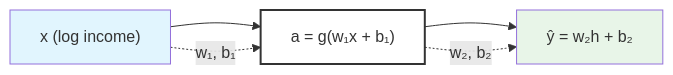
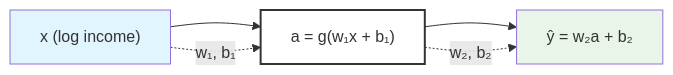
One commit to onnokleen/mlmetrics changed the third of 3 diagrams in feed_forward_nns.qmd. Above: the diagram before and after it, drawn with Mermaid. The commit also changed other lines of this file and 2 other files, not shown here.

````diff
--- a/feed_forward_nns.qmd
+++ b/feed_forward_nns.qmd
@@ -788,20 +808,20 @@
 ```{mermaid}
 %%| fig-cap: "Exercise 2: Single Hidden Layer Network for Log Income-Consumption Relationship"
 flowchart LR
     %% Network nodes
     X["x (log income)"] --> H["a = g(w₁x + b₁)"]
-    H --> Y["ŷ = w₂h + b₂"]
+    H --> Y["ŷ = w₂a + b₂"]
     
     %% Weight labels
     X -.->|"w₁, b₁"| H
     H -.->|"w₂, b₂"| Y
     
     %% Styling
     classDef input fill:#e1f5fe
     classDef hiddenlayer fill:none,stroke:#333,stroke-width:2px
     classDef output fill:#e8f5e8
     
     class X input
     class H hiddenlayer
     class Y output
 ```
````
